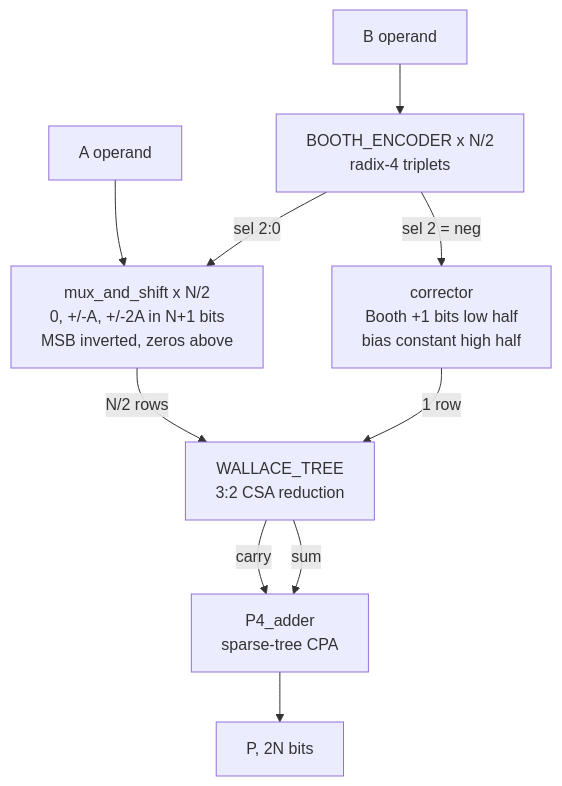
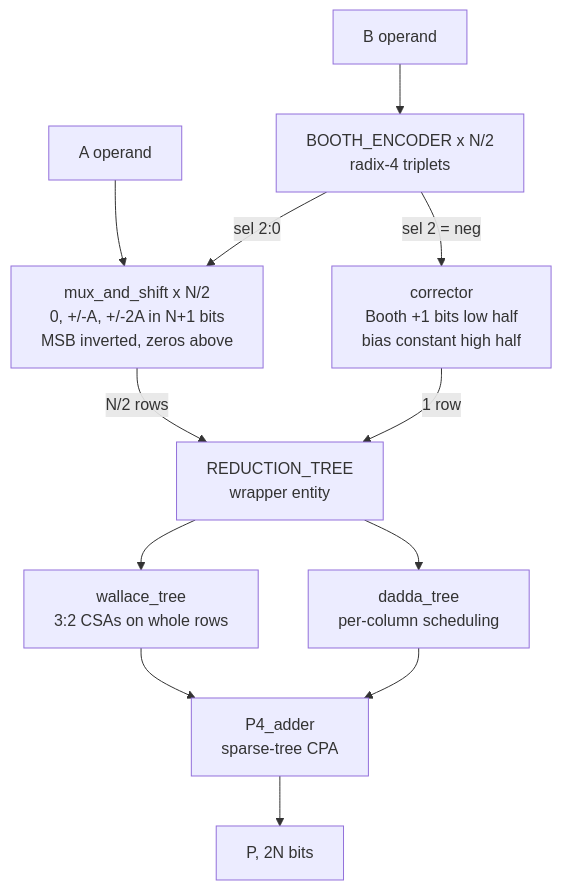
The diagram in README.md (Erfan-TT/radix4-booth-multiplier), drawn with Mermaid before and after one commit. The commit also changed other lines of this file, not shown here.

Commit message:
added dadda to readme

````diff
--- a/README.md
+++ b/README.md
@@ -16,12 +24,14 @@
 ```mermaid
 flowchart TD
     B[B operand] --> ENC[BOOTH_ENCODER x N/2<br/>radix-4 triplets]
     A[A operand] --> MUX[mux_and_shift x N/2<br/>0, +/-A, +/-2A in N+1 bits<br/>MSB inverted, zeros above]
     ENC -->|sel 2:0| MUX
     ENC -->|sel 2 = neg| CORR[corrector<br/>Booth +1 bits low half<br/>bias constant high half]
-    MUX -->|N/2 rows| TREE[WALLACE_TREE<br/>3:2 CSA reduction]
-    CORR -->|1 row| TREE
-    TREE -->|carry| P4[P4_adder<br/>sparse-tree CPA]
-    TREE -->|sum| P4
+    MUX -->|N/2 rows| RT[REDUCTION_TREE<br/>wrapper entity]
+    CORR -->|1 row| RT
+    RT --> WT[wallace_tree<br/>3:2 CSAs on whole rows]
+    RT --> DT[dadda_tree<br/>per-column scheduling]
+    WT --> P4[P4_adder<br/>sparse-tree CPA]
+    DT --> P4
     P4 --> P[P, 2N bits]
 ```
````
